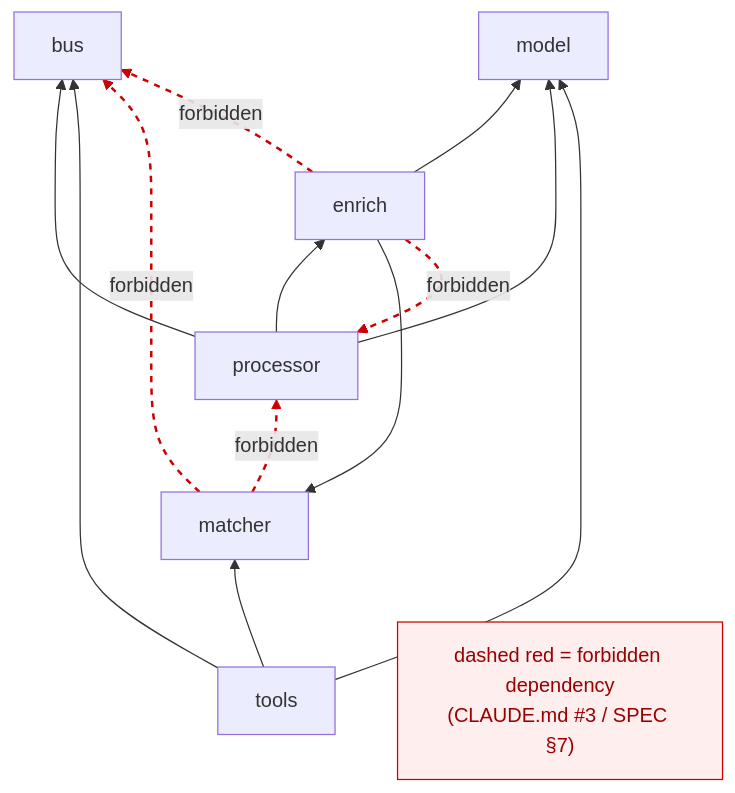
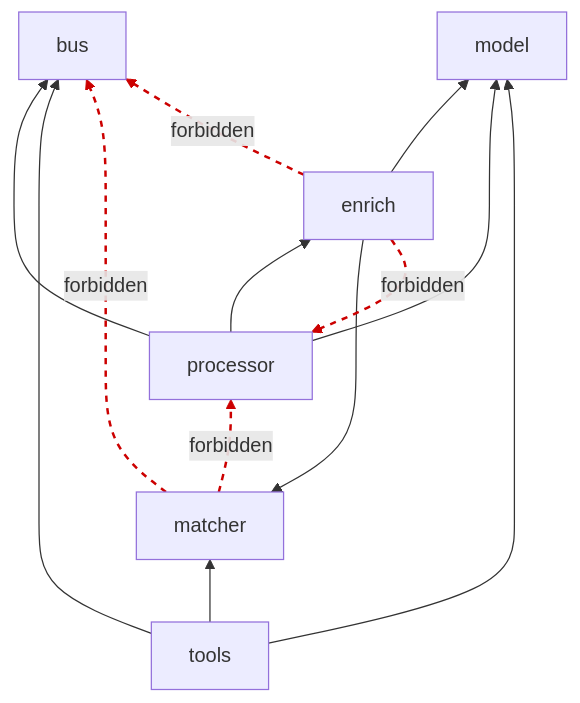
One commit to Cozentus-Technologies/DSV-test-assignement changed the fourth of 10 diagrams in docs/ARCHITECTURE.md. Above: the diagram before and after it, drawn with Mermaid. The commit also changed other lines of this file and 1 other file, not shown here.

````diff
--- a/docs/ARCHITECTURE.md
+++ b/docs/ARCHITECTURE.md
@@ -102,28 +102,26 @@
 ```mermaid
 flowchart BT
     MODEL["model"]
     MATCHER["matcher"]
     ENRICH["enrich"]
     BUS["bus"]
     PROCESSOR["processor"]
     TOOLS["tools"]
 
     ENRICH --> MODEL
     ENRICH --> MATCHER
     PROCESSOR --> ENRICH
     PROCESSOR --> MODEL
     PROCESSOR --> BUS
     TOOLS --> MATCHER
     TOOLS --> BUS
     TOOLS --> MODEL
 
     MATCHER -.->|"forbidden"| BUS
     MATCHER -.->|"forbidden"| PROCESSOR
     ENRICH -.->|"forbidden"| BUS
     ENRICH -.->|"forbidden"| PROCESSOR
 
-    LEGEND["dashed red = forbidden dependency<br/>(CLAUDE.md #3 / SPEC §7)"]
-
+    %% Links 8-11 are the forbidden edges (CLAUDE.md #3 / SPEC 7).
     linkStyle 8,9,10,11 stroke:#c00,stroke-width:2px,stroke-dasharray: 5 5;
-    style LEGEND fill:#fee,stroke:#c00,color:#900
 ```
````
